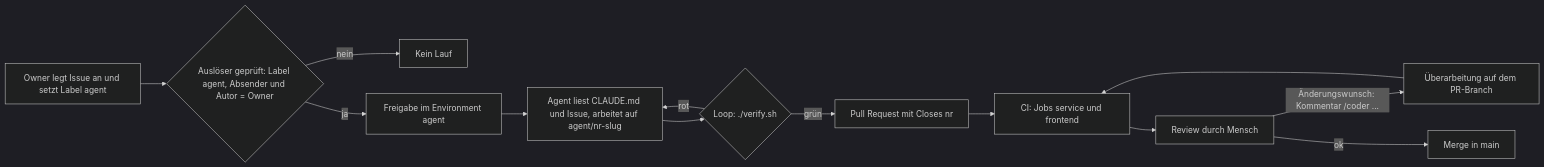
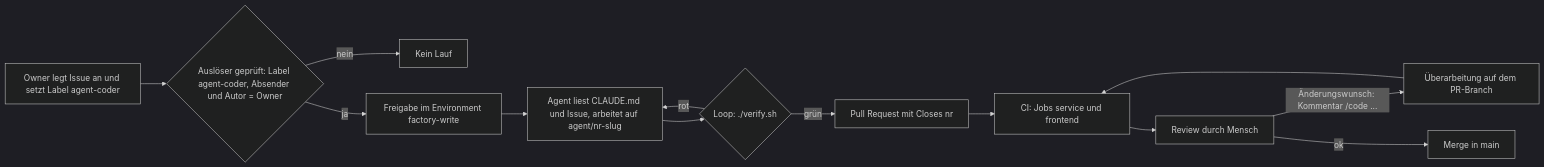
One commit to juheba/sw-factory-tryout changed the second of 2 diagrams in docs/process.md. Above: the diagram before and after it, drawn with Mermaid (dark theme). The commit also changed other lines of this file and 8 other files, not shown here.

First line of the commit message:
feat: Namensumstellung: factory-write, agent-coder, /code, neue Dateinamen (#161)

````diff
--- a/docs/process.md
+++ b/docs/process.md
@@ -23,15 +23,15 @@
 ```mermaid
 flowchart LR
-    O[Owner legt Issue an und setzt Label agent] --> T{Auslöser geprüft: Label agent, Absender und Autor = Owner}
+    O[Owner legt Issue an und setzt Label agent-coder] --> T{Auslöser geprüft: Label agent-coder, Absender und Autor = Owner}
     T -->|nein| X[Kein Lauf]
-    T -->|ja| E[Freigabe im Environment agent]
+    T -->|ja| E[Freigabe im Environment factory-write]
     E --> A[Agent liest CLAUDE.md und Issue, arbeitet auf agent/nr-slug]
     A --> L{Loop: ./verify.sh}
     L -->|rot| A
     L -->|grün| PR[Pull Request mit Closes nr]
     PR --> CI[CI: Jobs service und frontend]
     CI --> R[Review durch Mensch]
-    R -->|Änderungswunsch: Kommentar /coder ...| RK[Überarbeitung auf dem PR-Branch]
+    R -->|Änderungswunsch: Kommentar /code ...| RK[Überarbeitung auf dem PR-Branch]
     RK --> CI
     R -->|ok| M[Merge in main]
 ```
````
